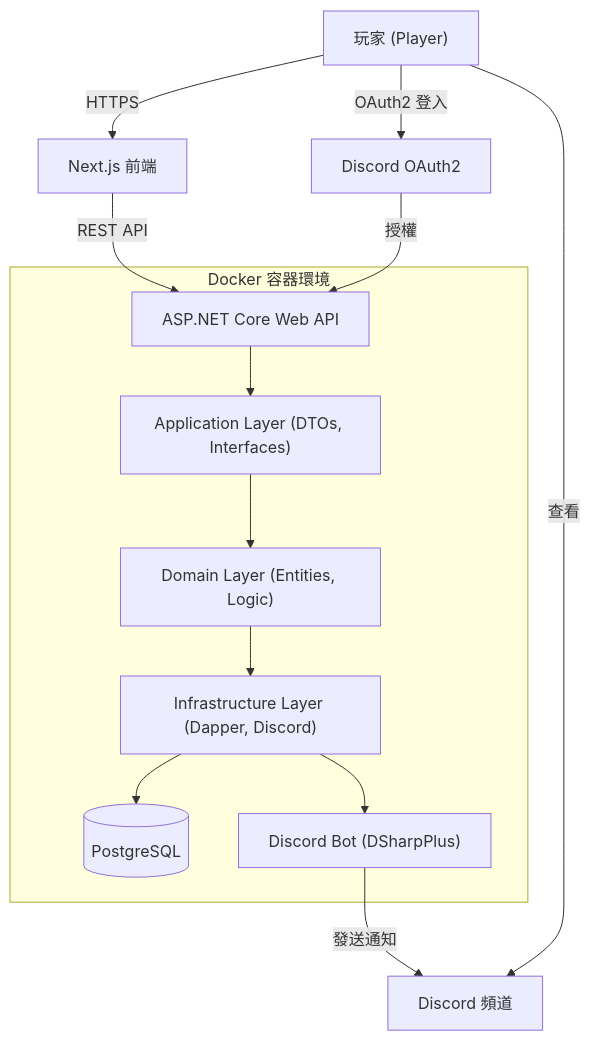
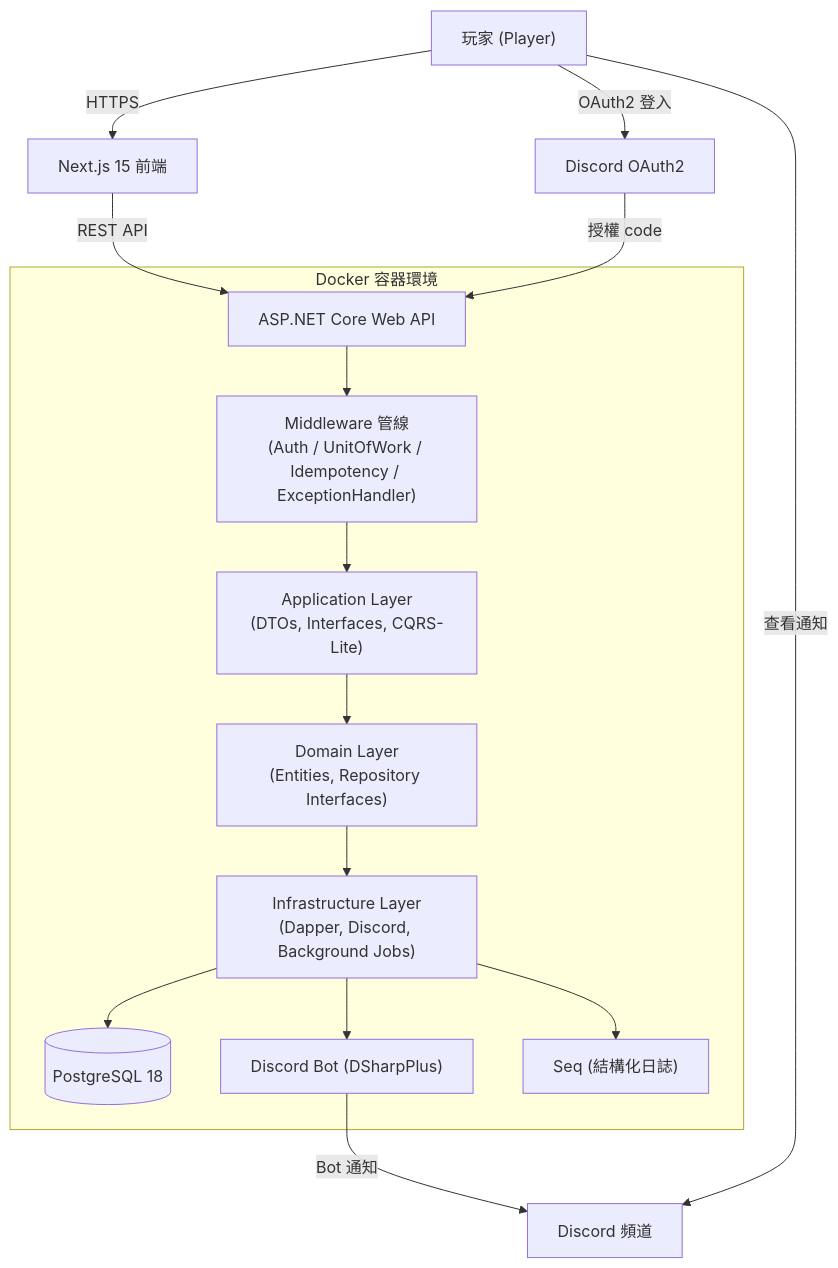
The first of 5 diagrams in docs/architecture.md (MinMiss5678/MapleStoryRaidScheduler), drawn with Mermaid before and after one commit. The commit also changed other lines of this file and 1 other file, not shown here.

Commit message:
文件:更新readme和architecture

````diff
--- a/docs/architecture.md
+++ b/docs/architecture.md
@@ -11,19 +11,21 @@
 ```mermaid
 graph TD
-    User["玩家 (Player)"] -->|HTTPS| Frontend["Next.js 前端"]
+    User["玩家 (Player)"] -->|HTTPS| Frontend["Next.js 15 前端"]
     Frontend -->|REST API| Backend["ASP.NET Core Web API"]
 
     subgraph "Docker 容器環境"
-        Backend --> Application["Application Layer (DTOs, Interfaces)"]
-        Application --> Domain["Domain Layer (Entities, Logic)"]
-        Domain --> Infrastructure["Infrastructure Layer (Dapper, Discord)"]
+        Backend --> Middleware["Middleware 管線\n(Auth / UnitOfWork / Idempotency / ExceptionHandler)"]
+        Middleware --> Application["Application Layer\n(DTOs, Interfaces, CQRS-Lite)"]
+        Application --> Domain["Domain Layer\n(Entities, Repository Interfaces)"]
+        Domain --> Infrastructure["Infrastructure Layer\n(Dapper, Discord, Background Jobs)"]
 
-        Infrastructure --> DB[("PostgreSQL")]
+        Infrastructure --> DB[("PostgreSQL 18")]
         Infrastructure --> DiscordBot["Discord Bot (DSharpPlus)"]
+        Infrastructure --> Seq["Seq (結構化日誌)"]
     end
 
-    DiscordBot -->|發送通知| DiscordChannel["Discord 頻道"]
-    User -->|查看| DiscordChannel
+    DiscordBot -->|Bot 通知| DiscordChannel["Discord 頻道"]
+    User -->|查看通知| DiscordChannel
     User -->|OAuth2 登入| DiscordOAuth["Discord OAuth2"]
-    DiscordOAuth -->|授權| Backend
+    DiscordOAuth -->|授權 code| Backend
 ```
````
